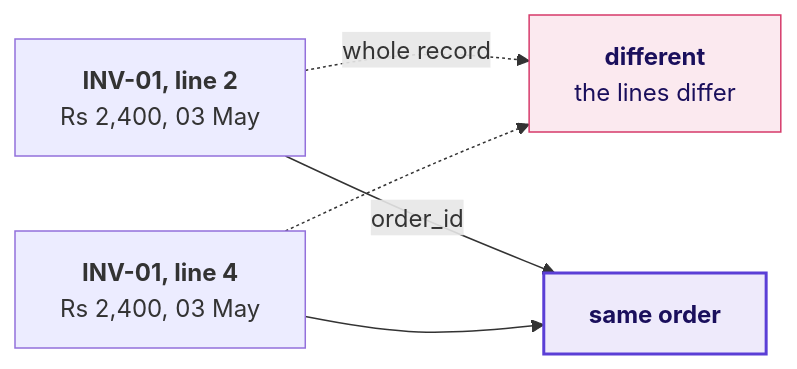
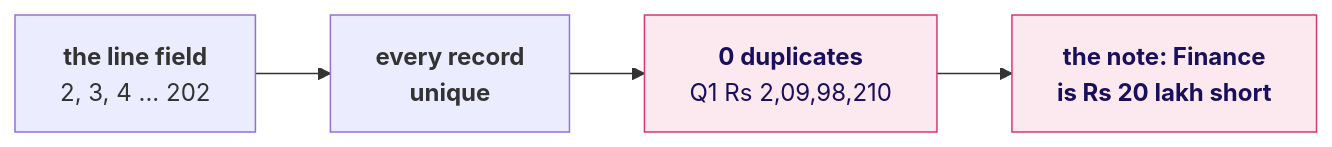
The eighth of 19 diagrams in content/W01/D3/slides/C2_W01_D03_half1_STUDENT.md (fde-academy-lab/c2-content-factory), drawn with Mermaid before and after one commit. The commit also changed other lines of this file and 10 other files, not shown here.

````diff
--- a/content/W01/D3/slides/C2_W01_D03_half1_STUDENT.md
+++ b/content/W01/D3/slides/C2_W01_D03_half1_STUDENT.md
@@ -462,11 +460,8 @@
 ```mermaid
 flowchart LR
-    A["<b>INV-01, line 2</b><br/>Rs 2,400, 03 May"] -.->|"whole record"| X["<b>different</b><br/>the lines differ"]
-    B["<b>INV-01, line 4</b><br/>Rs 2,400, 03 May"] -.-> X
-    A -->|"order_id"| S["<b>same order</b>"]
-    B --> S
+    L["<b>the line field</b><br/>2, 3, 4 ... 202"] --> U["<b>every record<br/>unique</b>"]
+    U --> Z["<b>0 duplicates</b><br/>Q1 Rs 2,09,98,210"]
+    Z --> N["<b>the note: Finance<br/>is Rs 20 lakh short</b>"]
     classDef bad fill:#FBE9EF,stroke:#D63A6A,color:#1A0F5C
-    classDef known fill:#EEEAFB,stroke:#5B3FD6,color:#1A0F5C,stroke-width:2px
-    class X bad
-    class S known
+    class Z,N bad
 ```
````
